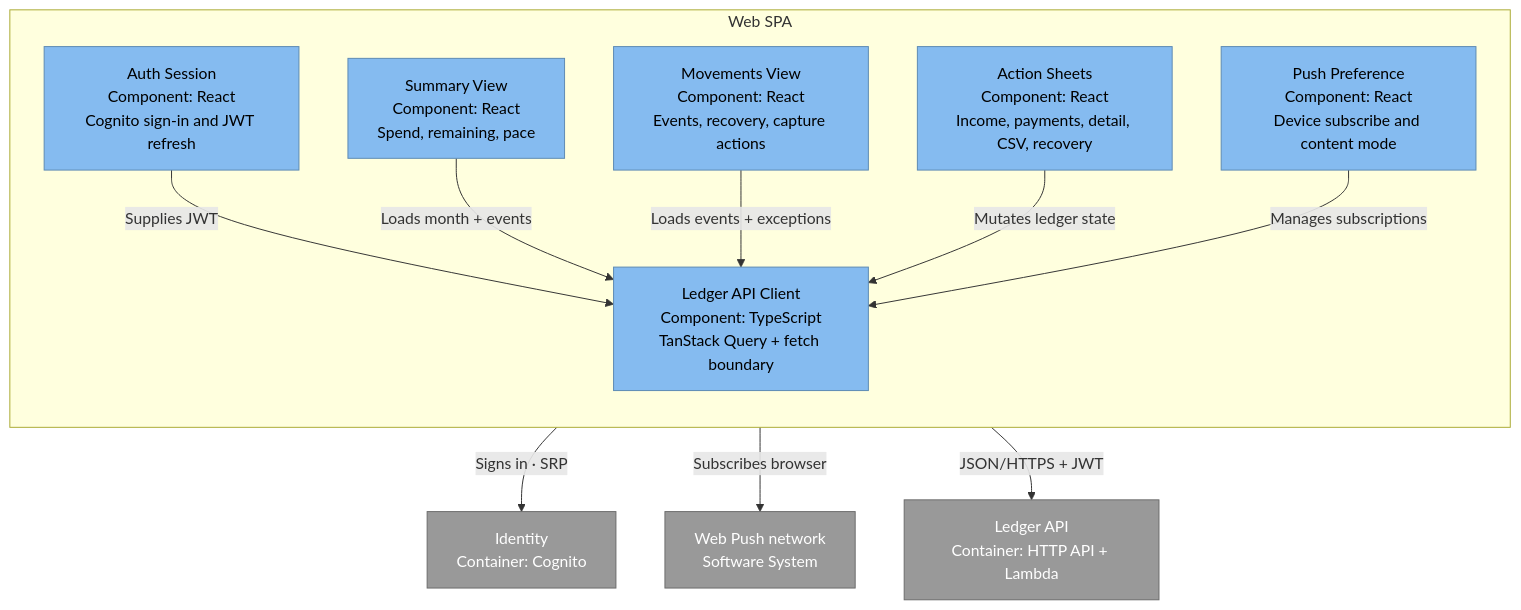
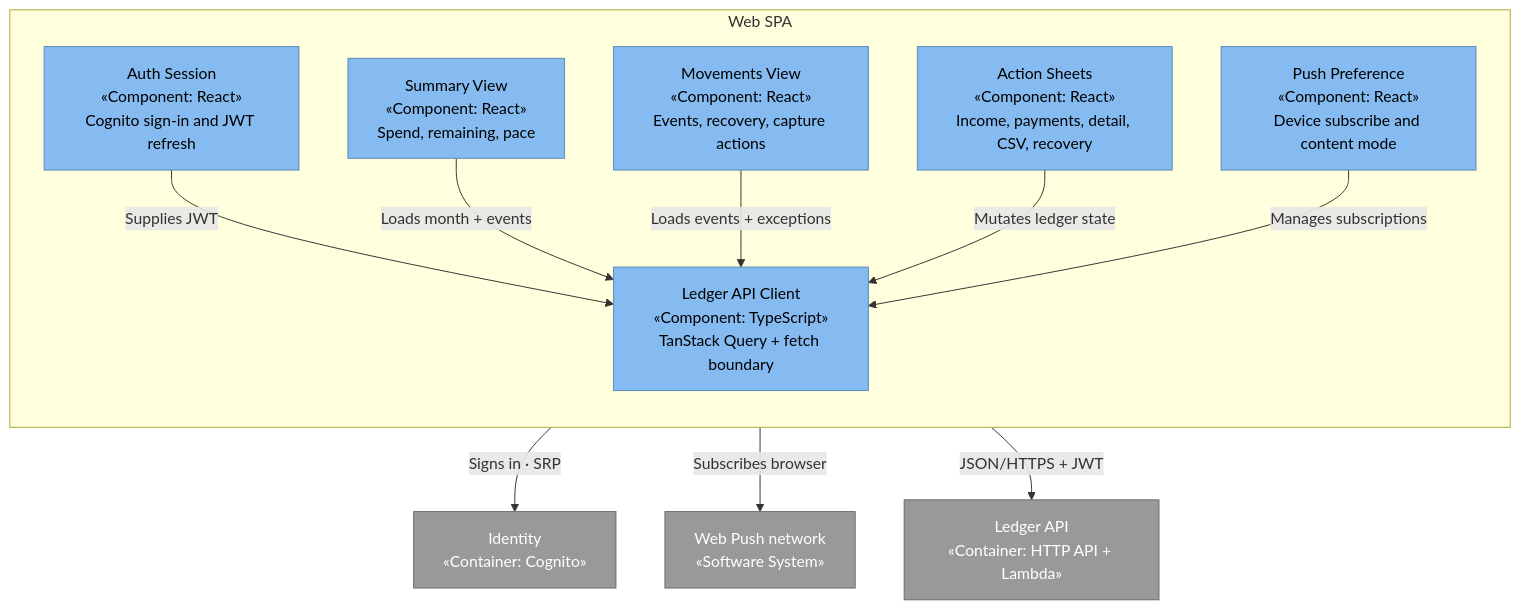
Before and after one commit to DavidCs9/personal-finance-system: the fourth of 4 diagrams in docs/architecture.md, drawn with Mermaid. The commit also changed other lines of this file and 1 other file, not shown here.

````diff
--- a/docs/architecture.md
+++ b/docs/architecture.md
@@ -191,31 +191,31 @@
 ```mermaid
 flowchart TB
   classDef component fill:#85BBF0,stroke:#5D8AB3,color:#000,stroke-width:1px
   classDef external fill:#999999,stroke:#6B6B6B,color:#fff,stroke-width:1px
 
-  cognito["Identity\nContainer: Cognito"]
-  api["Ledger API\nContainer: HTTP API + Lambda"]
-  webpush["Web Push network\nSoftware System"]
+  cognito["Identity\n«Container: Cognito»"]
+  api["Ledger API\n«Container: HTTP API + Lambda»"]
+  webpush["Web Push network\n«Software System»"]
 
   subgraph spa["Web SPA"]
     direction TB
-    auth["Auth Session\nComponent: React\nCognito sign-in and JWT refresh"]
-    summary["Summary View\nComponent: React\nSpend, remaining, pace"]
-    movements["Movements View\nComponent: React\nEvents, recovery, capture actions"]
-    sheets["Action Sheets\nComponent: React\nIncome, payments, detail, CSV, recovery"]
-    pushpref["Push Preference\nComponent: React\nDevice subscribe and content mode"]
-    client["Ledger API Client\nComponent: TypeScript\nTanStack Query + fetch boundary"]
+    auth["Auth Session\n«Component: React»\nCognito sign-in and JWT refresh"]
+    summary["Summary View\n«Component: React»\nSpend, remaining, pace"]
+    movements["Movements View\n«Component: React»\nEvents, recovery, capture actions"]
+    sheets["Action Sheets\n«Component: React»\nIncome, payments, detail, CSV, recovery"]
+    pushpref["Push Preference\n«Component: React»\nDevice subscribe and content mode"]
+    client["Ledger API Client\n«Component: TypeScript»\nTanStack Query + fetch boundary"]
   end
 
   auth -->|"Signs in · SRP"| cognito
   auth -->|"Supplies JWT"| client
   summary -->|"Loads month + events"| client
   movements -->|"Loads events + exceptions"| client
   sheets -->|"Mutates ledger state"| client
   pushpref -->|"Manages subscriptions"| client
   pushpref -->|"Subscribes browser"| webpush
   client -->|"JSON/HTTPS + JWT"| api
 
   class auth,summary,movements,sheets,pushpref,client component
   class cognito,api,webpush external
 ```
````
